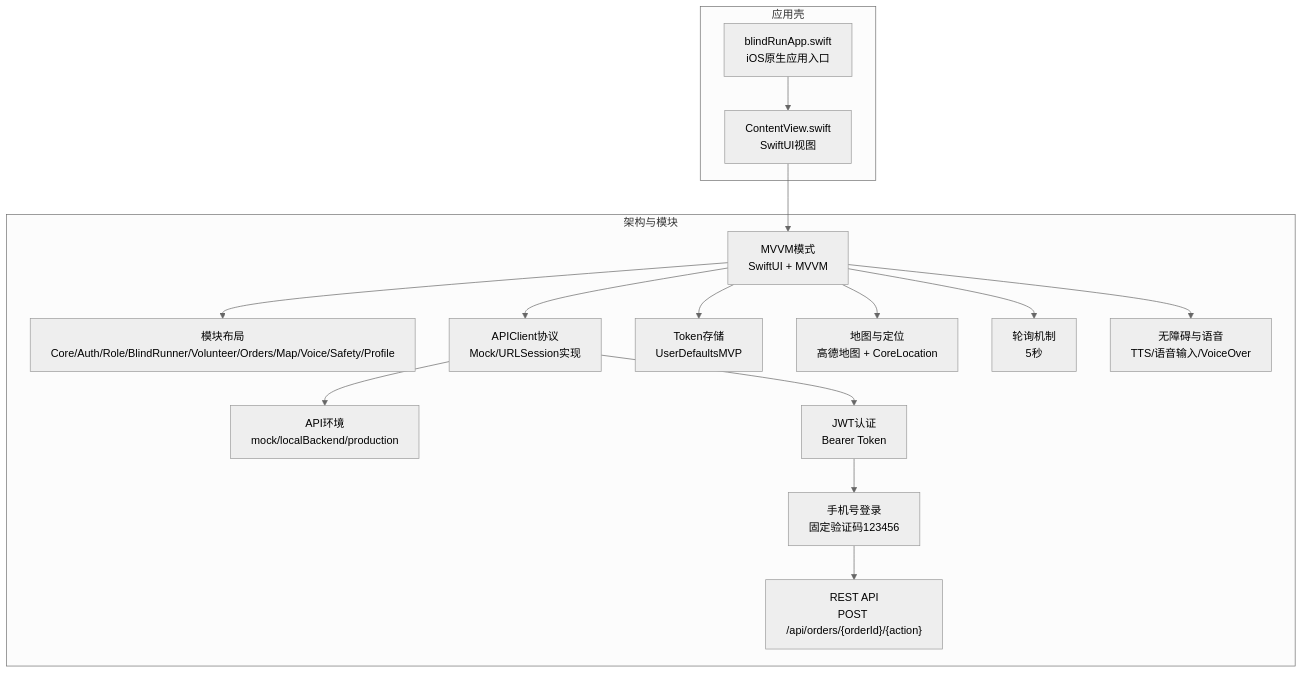
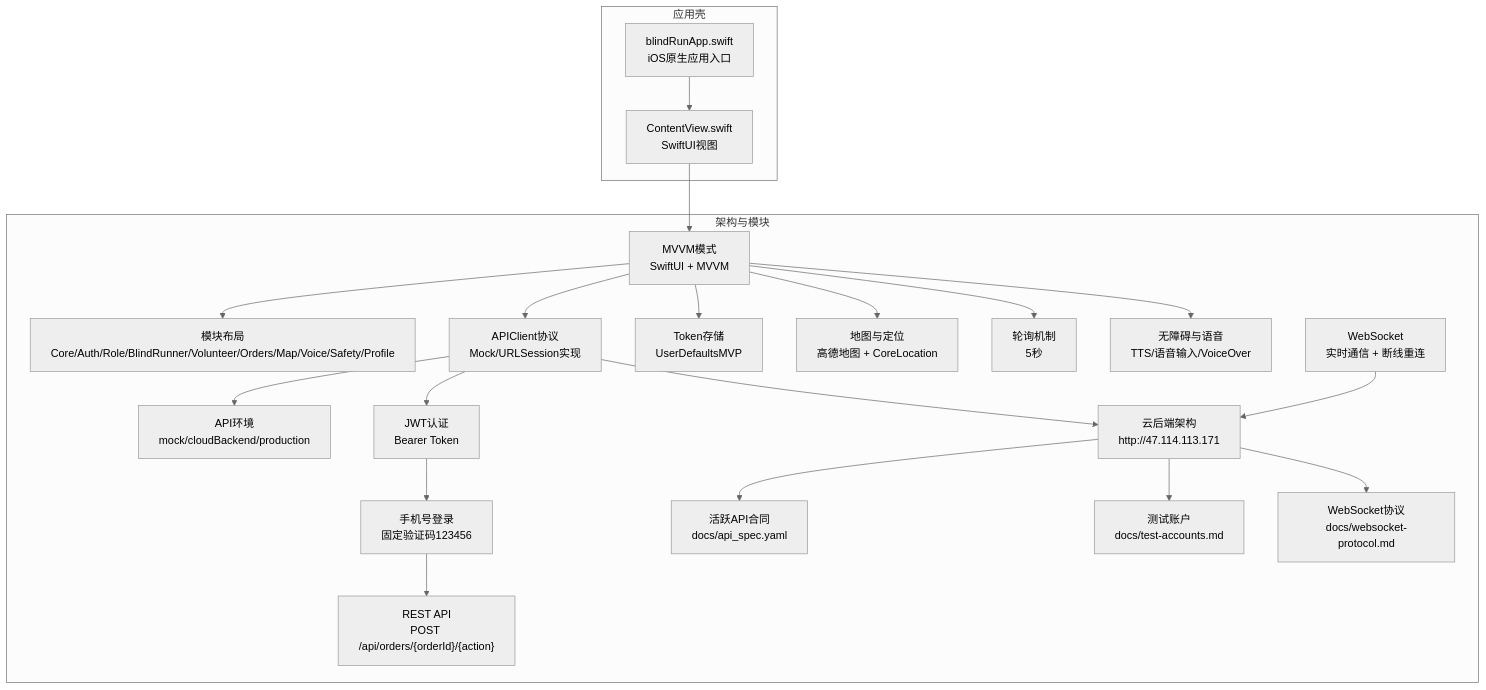
One commit to Jayden23018/blind-run-ios changed the second of 10 diagrams in .qoder/repowiki/zh/content/架构设计/架构设计.md. Above: the diagram before and after it, drawn with Mermaid (neutral theme). The commit also changed other lines of this file and 23 other files, not shown here.

Commit message:
Implement MVP booking and volunteer flow updates

````diff
--- a/.qoder/repowiki/zh/content/架构设计/架构设计.md
+++ b/.qoder/repowiki/zh/content/架构设计/架构设计.md
@@ -134,32 +157,42 @@
 ```mermaid
 graph TB
 subgraph "应用壳"
 App["blindRunApp.swift<br/>iOS原生应用入口"]
 View["ContentView.swift<br/>SwiftUI视图"]
 end
 subgraph "架构与模块"
 MVVM["MVVM模式<br/>SwiftUI + MVVM"]
 Modules["模块布局<br/>Core/Auth/Role/BlindRunner/Volunteer/Orders/Map/Voice/Safety/Profile"]
-Env["API环境<br/>mock/localBackend/production"]
+Env["API环境<br/>mock/cloudBackend/production"]
 APIClient["APIClient协议<br/>Mock/URLSession实现"]
 Token["Token存储<br/>UserDefaultsMVP"]
 Map["地图与定位<br/>高德地图 + CoreLocation"]
 Poll["轮询机制<br/>5秒"]
 Voice["无障碍与语音<br/>TTS/语音输入/VoiceOver"]
 JWT["JWT认证<br/>Bearer Token"]
 PhoneLogin["手机号登录<br/>固定验证码123456"]
 EndPoints["REST API<br/>POST /api/orders/{orderId}/{action}"]
+WebSocket["WebSocket<br/>实时通信 + 断线重连"]
+CloudBackend["云后端架构<br/>http://47.114.113.171"]
+ActiveContract["活跃API合同<br/>docs/api_spec.yaml"]
+TestAccounts["测试账户<br/>docs/test-accounts.md"]
+WebProtocol["WebSocket协议<br/>docs/websocket-protocol.md"]
 end
 App --> View
 View --> MVVM
 MVVM --> Modules
 MVVM --> APIClient
 MVVM --> Token
 MVVM --> Map
 MVVM --> Poll
 MVVM --> Voice
 APIClient --> Env
 APIClient --> JWT
 JWT --> PhoneLogin
 PhoneLogin --> EndPoints
+APIClient --> CloudBackend
+CloudBackend --> ActiveContract
+CloudBackend --> TestAccounts
+CloudBackend --> WebProtocol
+WebSocket --> CloudBackend
 ```
````
